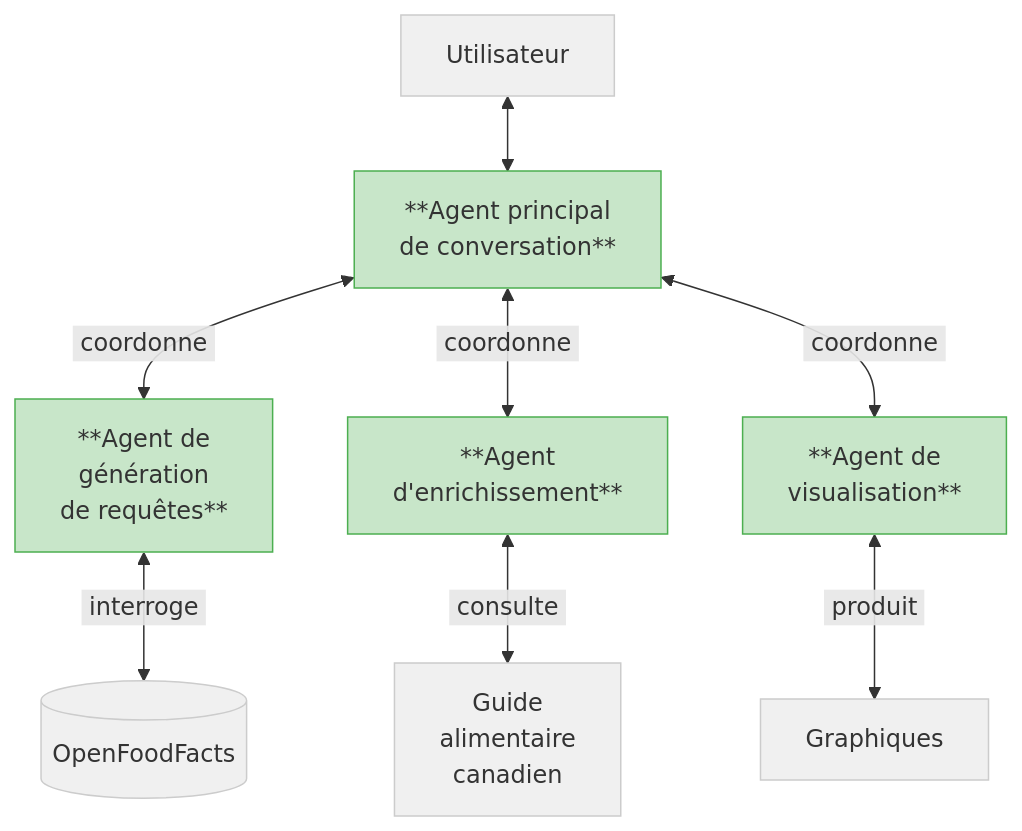
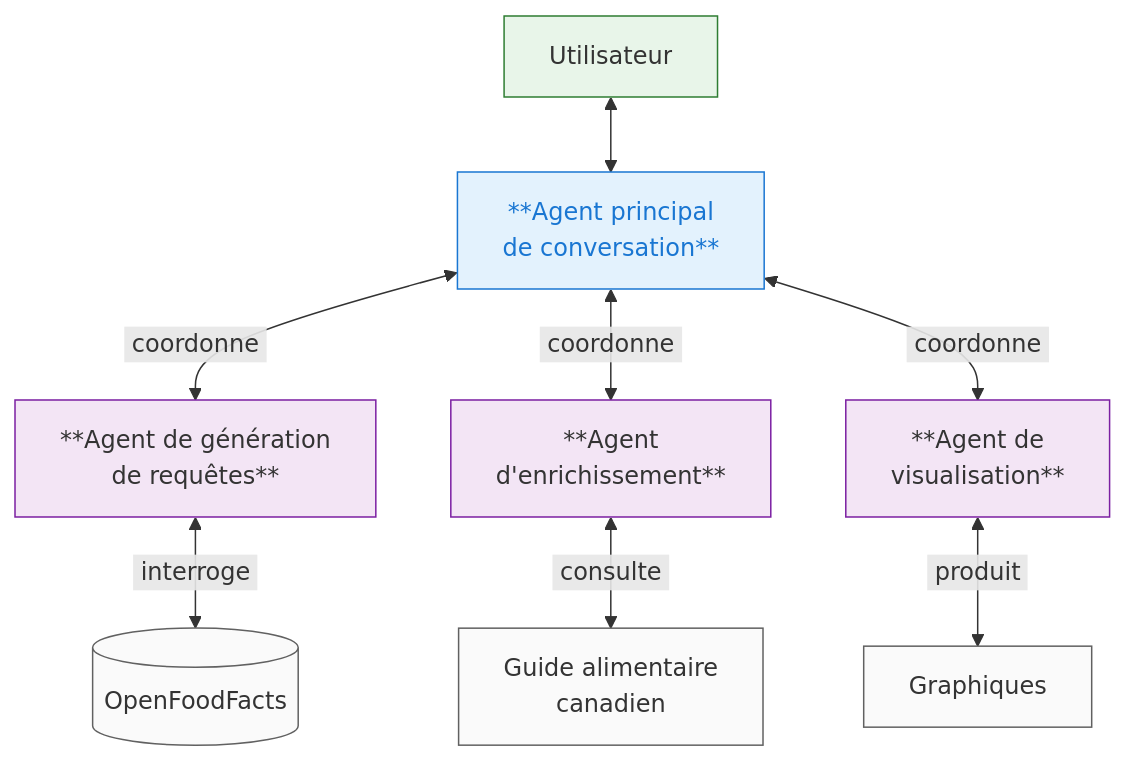
One commit to boisalai/ift-6005 changed the diagram in docs/markdown/plan.md. Above: the diagram before and after it, drawn with Mermaid.

````diff
--- a/docs/markdown/plan.md
+++ b/docs/markdown/plan.md
@@ -63,19 +63,29 @@
 ```mermaid
 graph TD
-    classDef main fill:#c8e6c9,stroke:#4caf50
-    classDef agent fill:#c8e6c9,stroke:#4caf50
-    classDef resource fill:#f0f0f0,stroke:#cccccc
+    %%classDef main fill:#c8e6c9,stroke:#4caf50
+    %%classDef agent fill:#c8e6c9,stroke:#4caf50
+    %%classDef resource fill:#f0f0f0,stroke:#cccccc
+
+    classDef main fill:#e3f2fd,stroke:#1976d2,color:#1976d2,stroke-width:2px  %% Bleu pour l'agent principal
+    classDef agent fill:#f3e5f5,stroke:#7b1fa2,color:#7b1fa2  %% Violet pour les agents secondaires
+    classDef resource fill:#fafafa,stroke:#616161,color:#616161  %% Gris neutre pour les ressources
+    classDef user fill:#e8f5e9,stroke:#2e7d32,color:#2e7d32     %% Vert pour l'utilisateur
 
     U[Utilisateur] <--> MA[**Agent principal<br>de conversation**]
-    MA <-->|&nbsp;coordonne&nbsp;| A1[**Agent de<br>génération<br>de requêtes**]
+    MA <-->|&nbsp;coordonne&nbsp;| A1[**Agent de génération<br>de requêtes**]
     MA <-->|&nbsp;coordonne&nbsp;| A2[**Agent<br>d'enrichissement**]
     MA <-->|&nbsp;coordonne&nbsp;| A3[**Agent de<br>visualisation**]
     
     A1 <-->|&nbsp;interroge&nbsp;| DB[(OpenFoodFacts)]
-    A2 <-->|&nbsp;consulte&nbsp;| GAC[Guide<br>alimentaire<br>canadien]
+    A2 <-->|&nbsp;consulte&nbsp;| GAC[Guide alimentaire<br>canadien]
     A3 <-->|&nbsp;produit&nbsp;| V[Graphiques]
     
+    %%class MA main
+    %%class A1,A2,A3 agent
+    %%class U,DB,GAC,V resource
+
     class MA main
     class A1,A2,A3 agent
-    class U,DB,GAC,V resource
+    class DB,GAC,V resource
+    class U user
 ```
````
